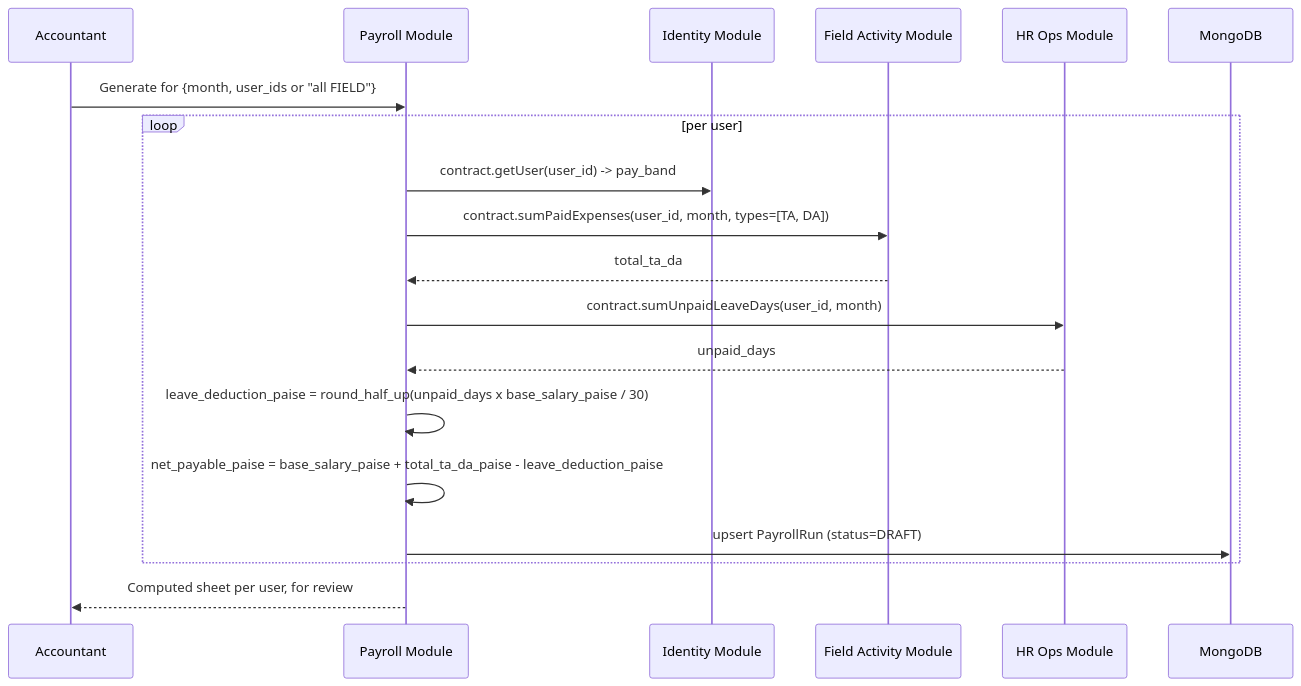
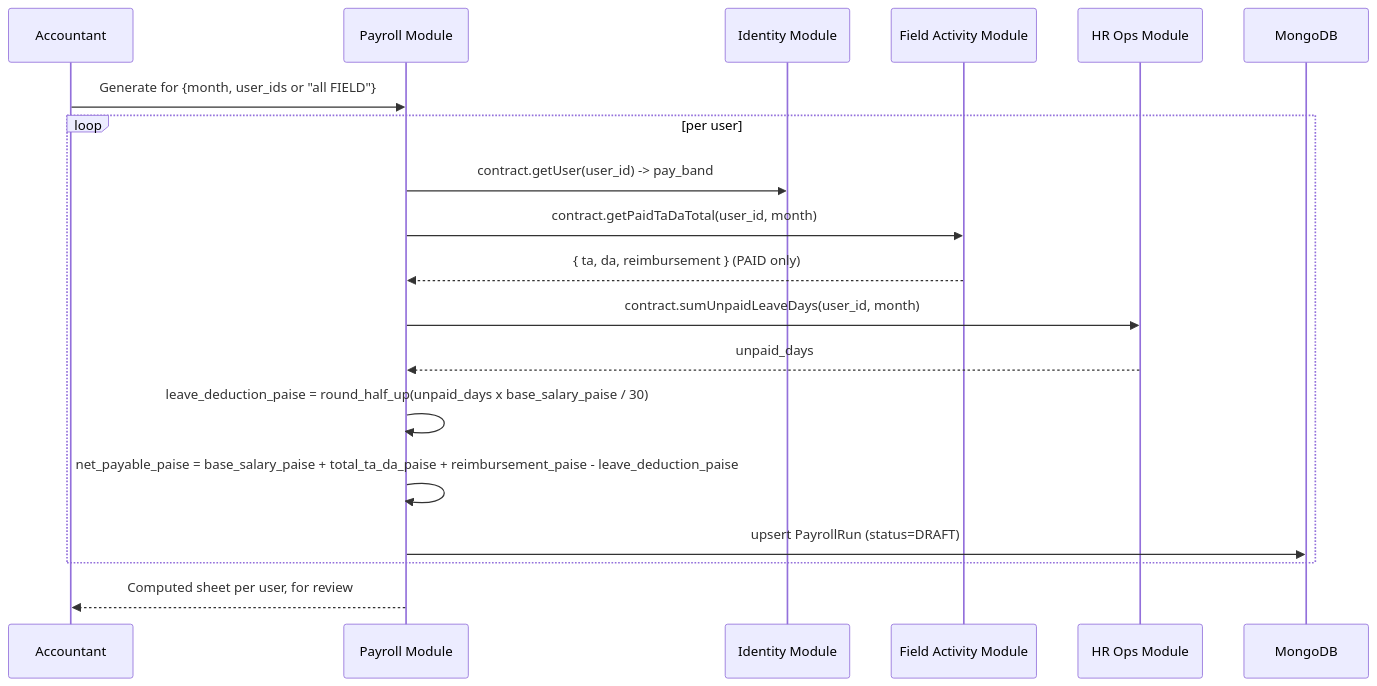
The diagram in docs/hld/07-payroll-generation.md (reboot-ai-private-limited/greynote), drawn with Mermaid before and after one commit. The commit also changed other lines of this file and 32 other files, not shown here.

First line of the commit message:
feat(field-activity): the missed-DCR compliance job; reimbursements in Payroll's total (Phase 6 step 9)

````diff
--- a/docs/hld/07-payroll-generation.md
+++ b/docs/hld/07-payroll-generation.md
@@ -7,22 +7,22 @@
 ```mermaid
 sequenceDiagram
     participant Acct as Accountant
     participant Payroll as Payroll Module
     participant Identity as Identity Module
     participant FA as Field Activity Module
     participant HR as HR Ops Module
     participant DB as MongoDB
 
     Acct->>Payroll: Generate for {month, user_ids or "all FIELD"}
     loop per user
         Payroll->>Identity: contract.getUser(user_id) -> pay_band
-        Payroll->>FA: contract.sumPaidExpenses(user_id, month, types=[TA, DA])
-        FA-->>Payroll: total_ta_da
+        Payroll->>FA: contract.getPaidTaDaTotal(user_id, month)
+        FA-->>Payroll: { ta, da, reimbursement } (PAID only)
         Payroll->>HR: contract.sumUnpaidLeaveDays(user_id, month)
         HR-->>Payroll: unpaid_days
         Payroll->>Payroll: leave_deduction_paise = round_half_up(unpaid_days x base_salary_paise / 30)
-        Payroll->>Payroll: net_payable_paise = base_salary_paise + total_ta_da_paise - leave_deduction_paise
+        Payroll->>Payroll: net_payable_paise = base_salary_paise + total_ta_da_paise + reimbursement_paise - leave_deduction_paise
         Payroll->>DB: upsert PayrollRun (status=DRAFT)
     end
     Payroll-->>Acct: Computed sheet per user, for review
 ```
````
